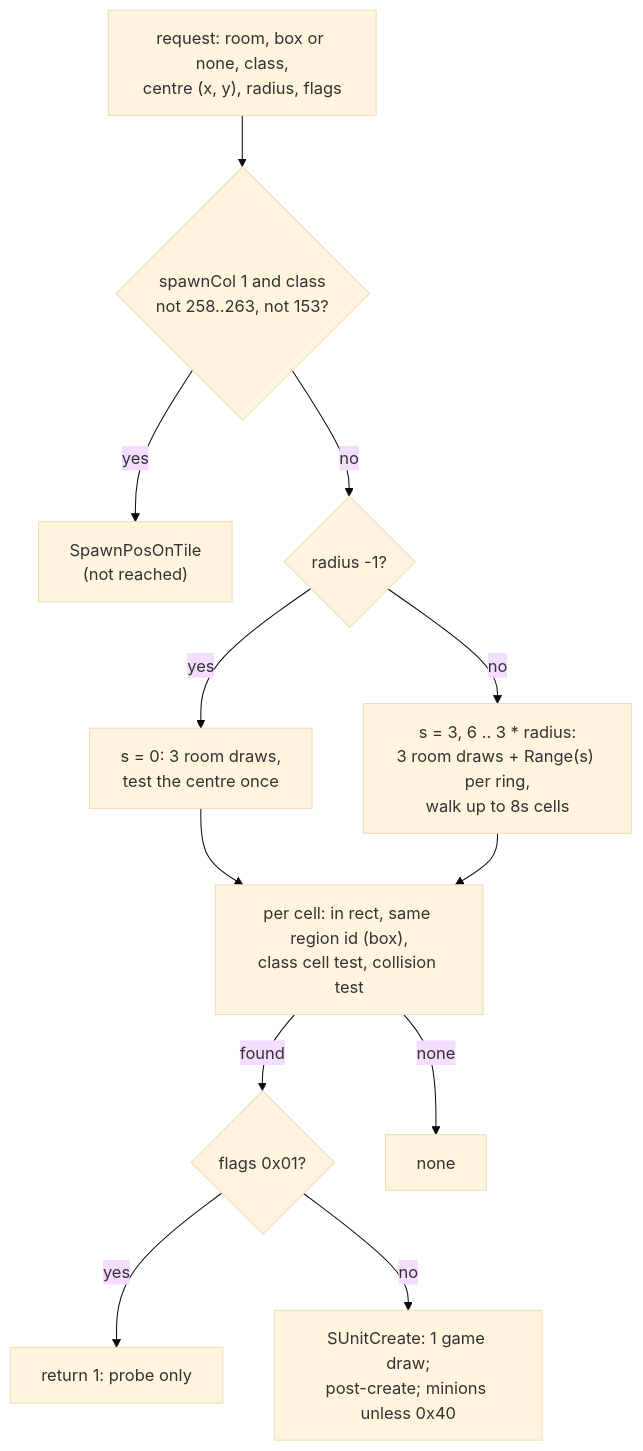
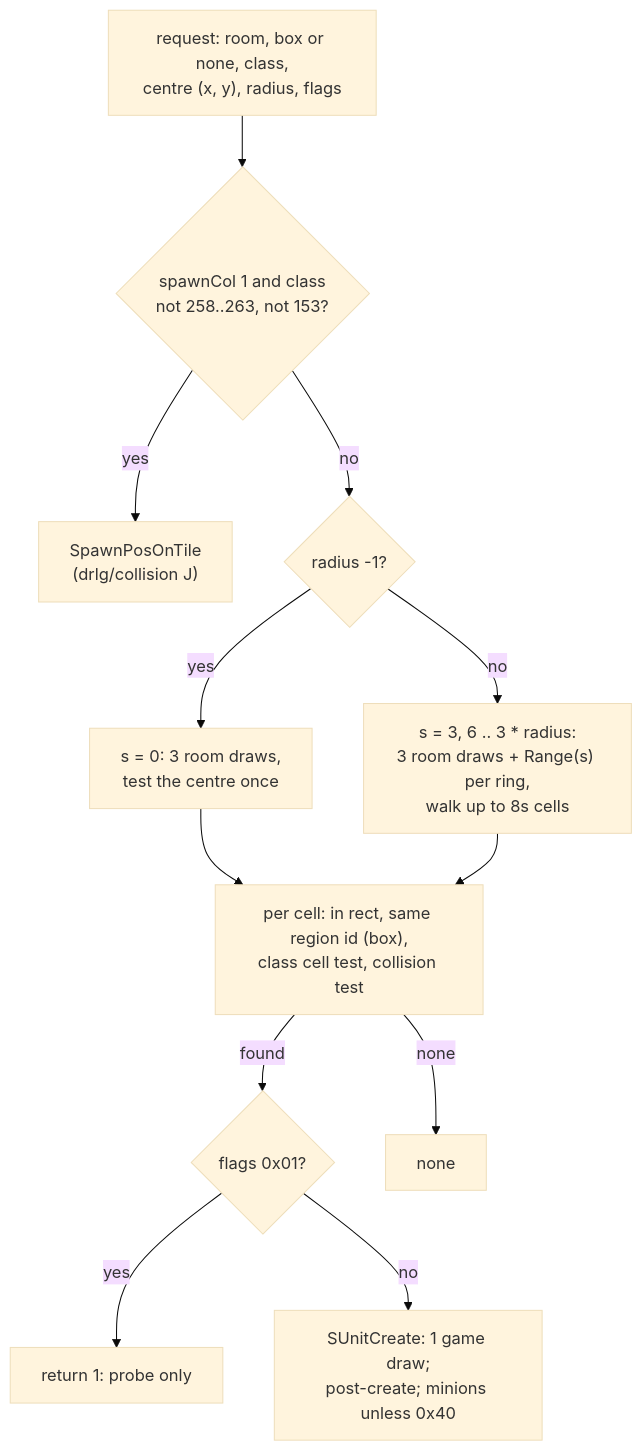
The seventh of 8 diagrams in docs/specs/monsters/spawn.md (IgorKonovalov/diablo-2-recompilation), drawn with Mermaid (base theme) before and after one commit. The commit also changed other lines of this file and 5 other files, not shown here.

Commit message:
docs(specs): drlg/collision drafted, monsters/spawn updated, plan 0017 Phase 3

````diff
--- a/docs/specs/monsters/spawn.md
+++ b/docs/specs/monsters/spawn.md
@@ -522,14 +532,14 @@
 ```mermaid
 flowchart TD
     req["request: room, box or none, class,<br/>centre (x, y), radius, flags"] --> col{"spawnCol 1 and class<br/>not 258..263, not 153?"}
-    col -->|"yes"| tile["SpawnPosOnTile<br/>(not reached)"]
+    col -->|"yes"| tile["SpawnPosOnTile<br/>(drlg/collision J)"]
     col -->|"no"| r{"radius -1?"}
     r -->|"yes"| ex["s = 0: 3 room draws,<br/>test the centre once"]
     r -->|"no"| ring["s = 3, 6 .. 3 * radius:<br/>3 room draws + Range(s) per ring,<br/>walk up to 8s cells"]
     ex --> tests
     ring --> tests["per cell: in rect, same region id (box),<br/>class cell test, collision test"]
     tests -->|"found"| p{"flags 0x01?"}
     tests -->|"none"| fail["none"]
     p -->|"yes"| probe["return 1: probe only"]
     p -->|"no"| cr["SUnitCreate: 1 game draw;<br/>post-create; minions unless 0x40"]
 ```
````
